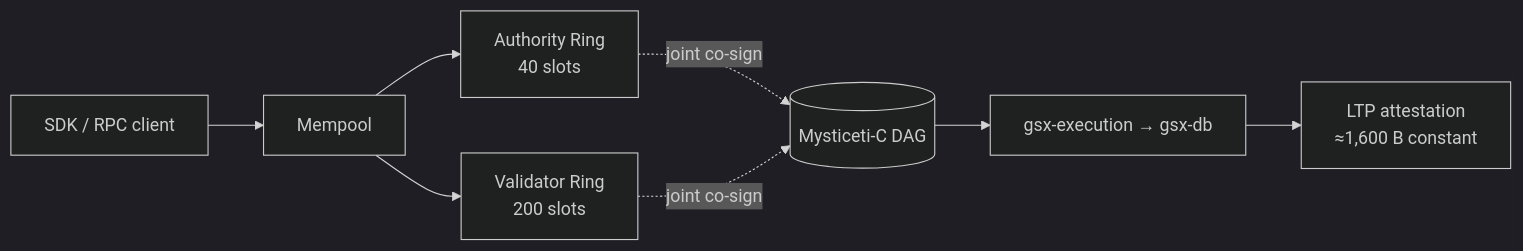
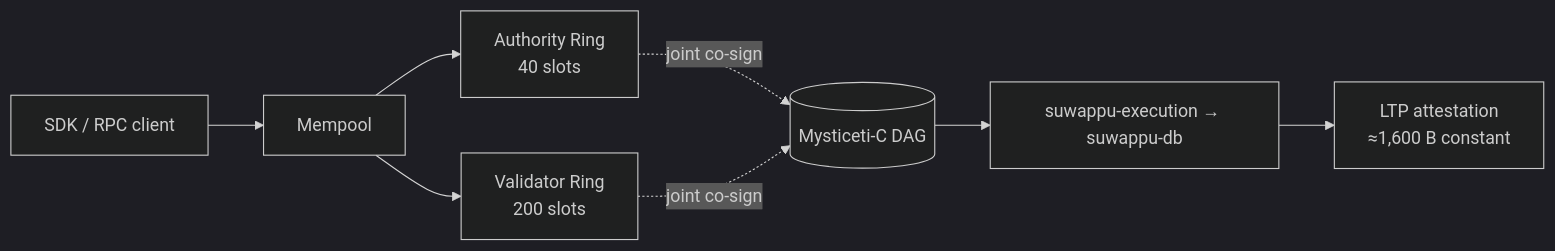
One commit to Suwappu-Labs/suwappu-dag changed the first of 2 diagrams in README.md. Above: the diagram before and after it, drawn with Mermaid (dark theme). The commit also changed other lines of this file and 503 other files, not shown here.

First line of the commit message:
chore: rebrand gsx-dag -> suwappu-dag (crates, code, docs, scripts)

````diff
--- a/README.md
+++ b/README.md
@@ -151,10 +151,10 @@
 ```mermaid
 flowchart LR
     Client["SDK / RPC client"] --> Mempool
     Mempool --> Authority["Authority Ring<br/>40 slots"]
     Mempool --> Validator["Validator Ring<br/>200 slots"]
     Authority -.->|joint co-sign| DAG[("Mysticeti-C DAG")]
     Validator -.->|joint co-sign| DAG
-    DAG --> Executor["gsx-execution → gsx-db"]
+    DAG --> Executor["suwappu-execution → suwappu-db"]
     Executor --> LTP["LTP attestation<br/>≈1,600 B constant"]
 ```
````
